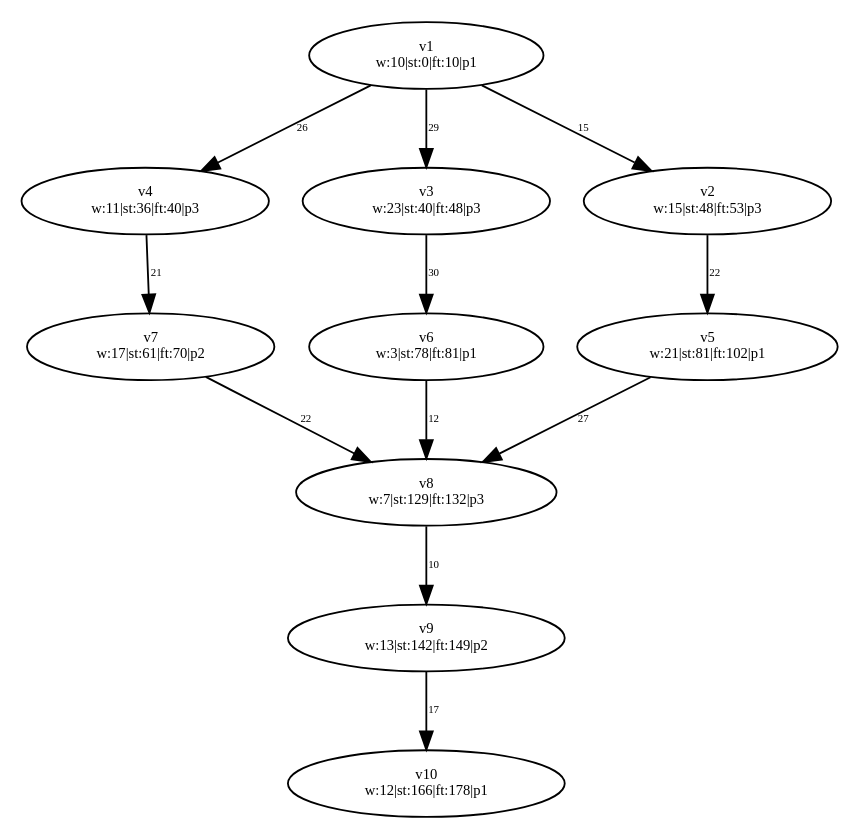
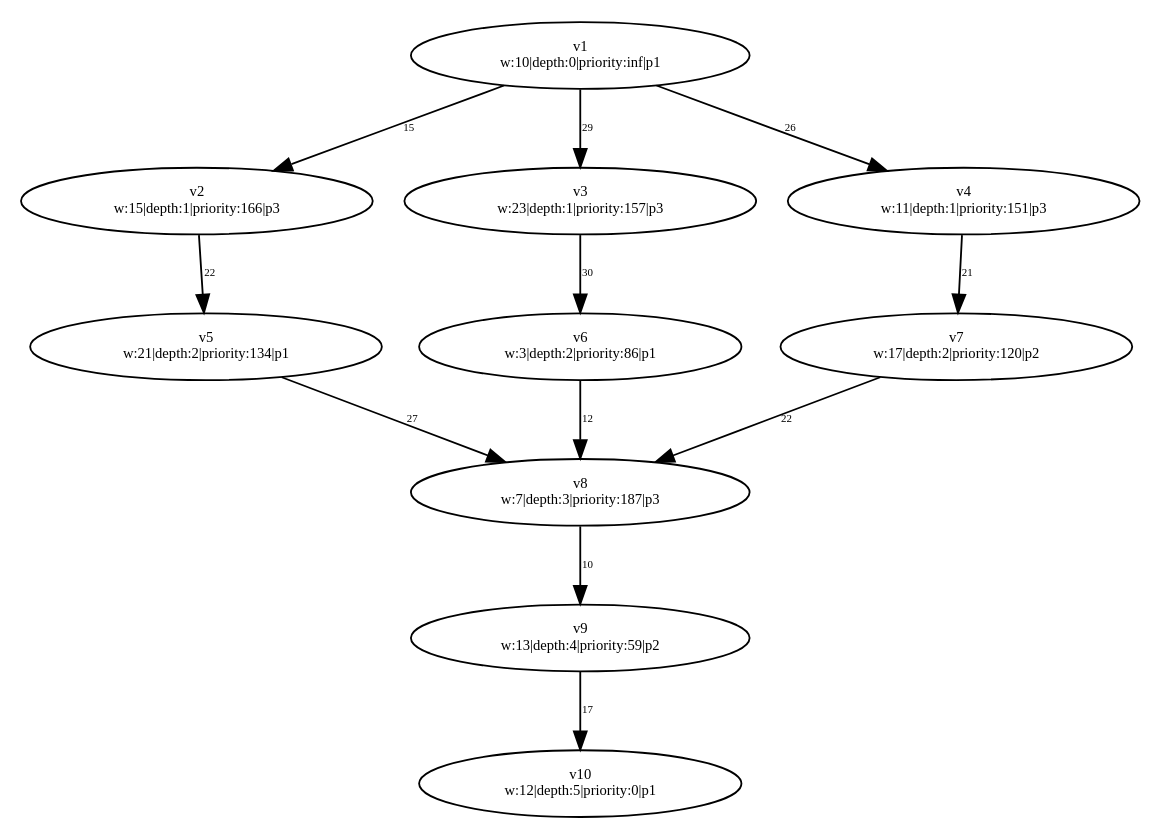
Before and after one commit to dexters1/Task-Scheduling-Based-on-Genetic-Algorithms: the diagram in PythonApplication1/PythonApplication1/test-output/slika_5.gv, drawn with Graphviz. The commit also changed 42 other files, not shown here.

Commit message:
Ostaje unitTestiranje za citav Graph i Processor module

```diff
--- a/PythonApplication1/PythonApplication1/test-output/slika_5.gv
+++ b/PythonApplication1/PythonApplication1/test-output/slika_5.gv
@@ -1,33 +1,33 @@
 digraph {
 	v1 [label="v1
-w:10|st:0|ft:10|p1" fontsize=8.0]
+w:10|depth:0|priority:inf|p1" fontsize=8.0]
+	v2 [label="v2
+w:15|depth:1|priority:166|p3" fontsize=8.0]
+	v3 [label="v3
+w:23|depth:1|priority:157|p3" fontsize=8.0]
 	v4 [label="v4
-w:11|st:36|ft:40|p3" fontsize=8.0]
-	v3 [label="v3
-w:23|st:40|ft:48|p3" fontsize=8.0]
-	v2 [label="v2
-w:15|st:48|ft:53|p3" fontsize=8.0]
+w:11|depth:1|priority:151|p3" fontsize=8.0]
+	v5 [label="v5
+w:21|depth:2|priority:134|p1" fontsize=8.0]
+	v7 [label="v7
+w:17|depth:2|priority:120|p2" fontsize=8.0]
 	v6 [label="v6
-w:3|st:78|ft:81|p1" fontsize=8.0]
-	v7 [label="v7
-w:17|st:61|ft:70|p2" fontsize=8.0]
-	v5 [label="v5
-w:21|st:81|ft:102|p1" fontsize=8.0]
+w:3|depth:2|priority:86|p1" fontsize=8.0]
 	v8 [label="v8
-w:7|st:129|ft:132|p3" fontsize=8.0]
+w:7|depth:3|priority:187|p3" fontsize=8.0]
 	v9 [label="v9
-w:13|st:142|ft:149|p2" fontsize=8.0]
+w:13|depth:4|priority:59|p2" fontsize=8.0]
 	v10 [label="v10
-w:12|st:166|ft:178|p1" fontsize=8.0]
+w:12|depth:5|priority:0|p1" fontsize=8.0]
 	v1 -> v2 [label=15 constraint=true fontsize=6.0]
 	v1 -> v3 [label=29 constraint=true fontsize=6.0]
 	v1 -> v4 [label=26 constraint=true fontsize=6.0]
 	v2 -> v5 [label=22 constraint=true fontsize=6.0]
 	v3 -> v6 [label=30 constraint=true fontsize=6.0]
 	v4 -> v7 [label=21 constraint=true fontsize=6.0]
 	v5 -> v8 [label=27 constraint=true fontsize=6.0]
 	v6 -> v8 [label=12 constraint=true fontsize=6.0]
 	v7 -> v8 [label=22 constraint=true fontsize=6.0]
 	v8 -> v9 [label=10 constraint=true fontsize=6.0]
 	v9 -> v10 [label=17 constraint=true fontsize=6.0]
 }
```
